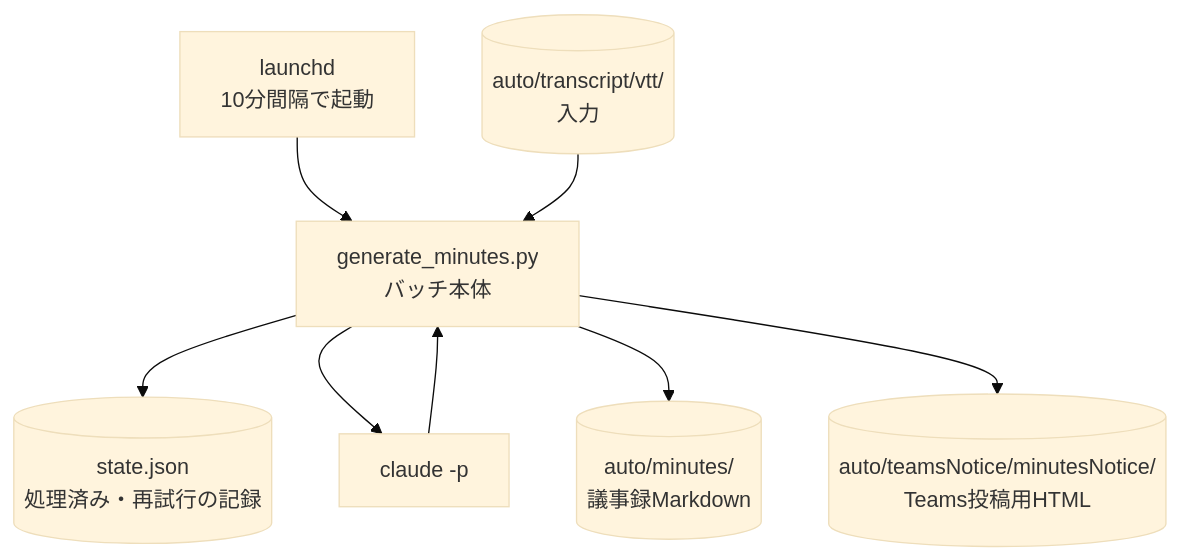
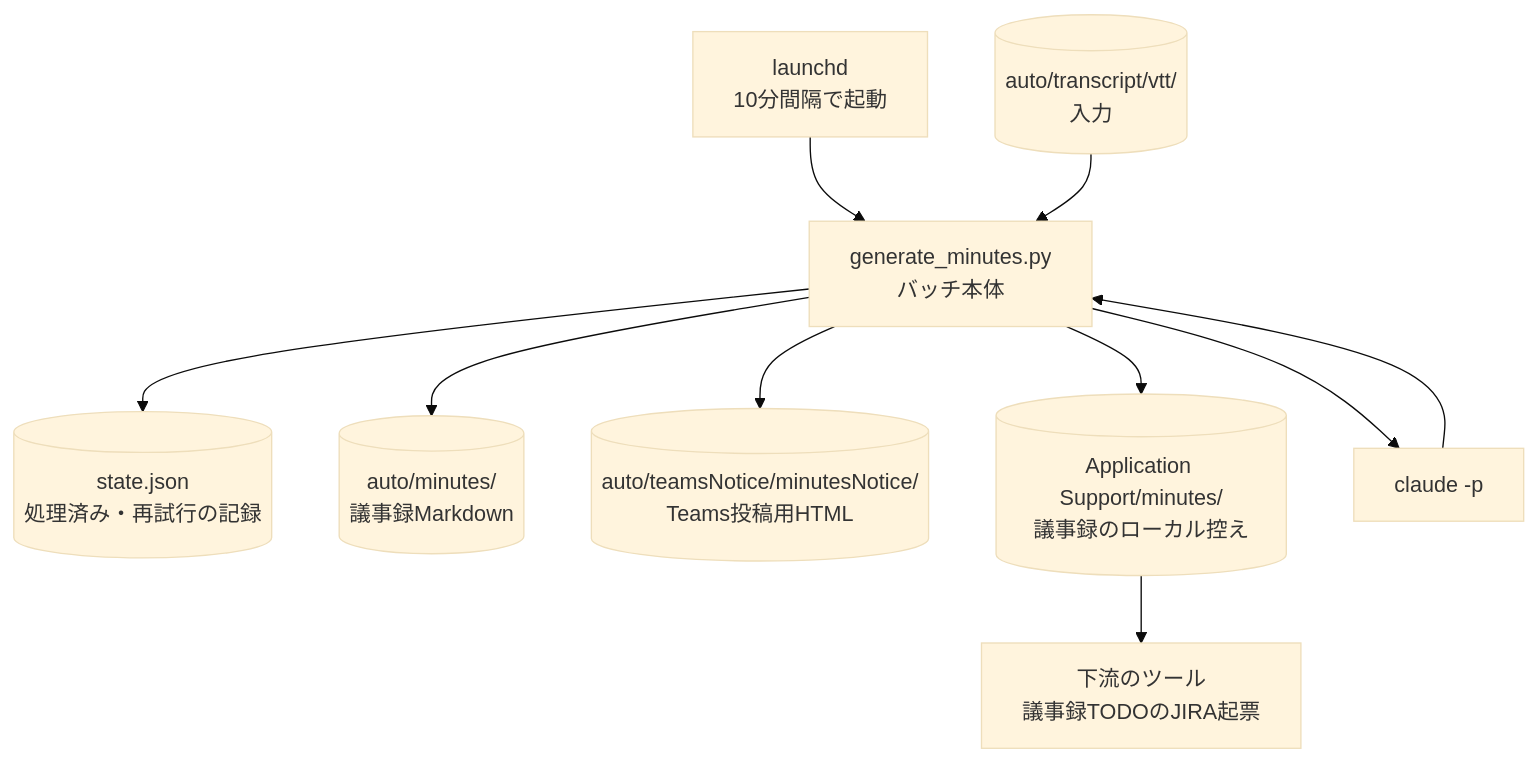
The second of 2 diagrams in apps/meeting-minutes-generator/specs/architecture.md (dnode-ryosuke-yamazaki/study), drawn with Mermaid (base theme) before and after one commit. The commit also changed other lines of this file and 3 other files, not shown here.

````diff
--- a/apps/meeting-minutes-generator/specs/architecture.md
+++ b/apps/meeting-minutes-generator/specs/architecture.md
@@ -37,18 +41,21 @@
 ```mermaid
 flowchart TB
     launchd["launchd<br>10分間隔で起動"]
     batch["generate_minutes.py<br>バッチ本体"]
     state[("state.json<br>処理済み・再試行の記録")]
     vtt[("auto/transcript/vtt/<br>入力")]
     minutes[("auto/minutes/<br>議事録Markdown")]
     notice[("auto/teamsNotice/minutesNotice/<br>Teams投稿用HTML")]
+    mirror[("Application Support/minutes/<br>議事録のローカル控え")]
     claude["claude -p"]
 
     launchd --> batch
     batch --> state
     vtt --> batch
     batch --> claude
     claude --> batch
     batch --> minutes
+    batch --> mirror
     batch --> notice
+    mirror --> tool["下流のツール<br>議事録TODOのJIRA起票"]
 ```
````
